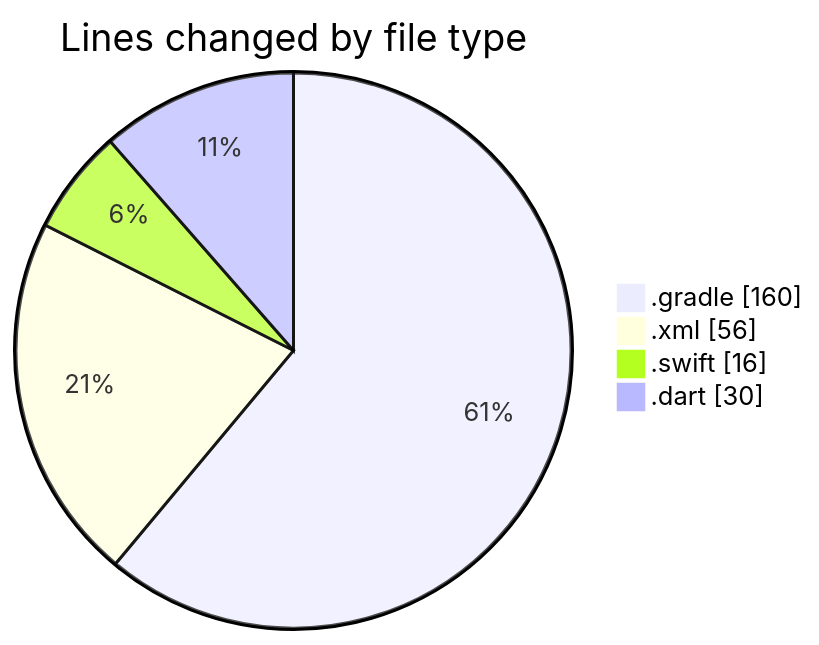
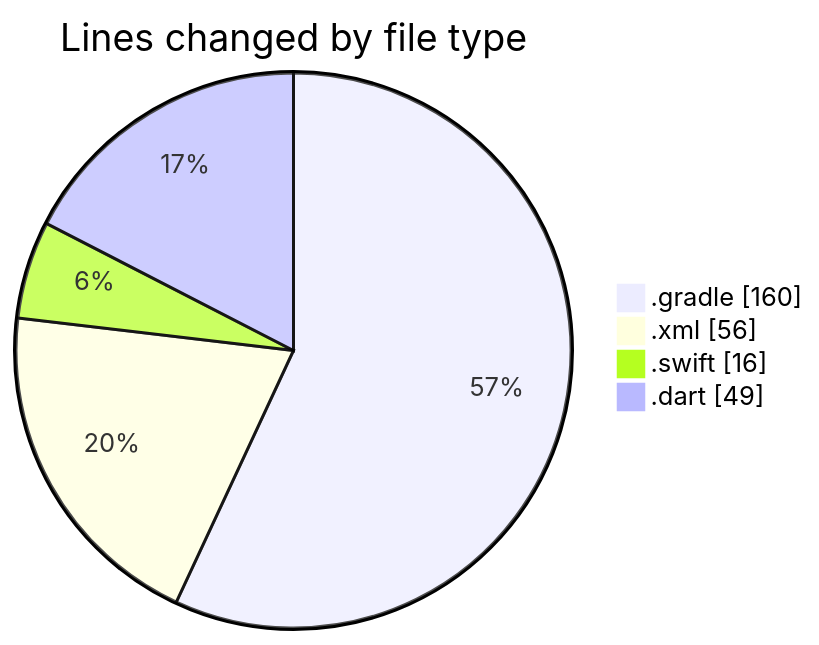
Before and after one commit to donsfak/code-tracking: the first of 2 diagrams in 2025-01-01/uber_clone/README.md, drawn with Mermaid. The commit also changed other lines of this file and 1 other file, not shown here.

````diff
--- a/2025-01-01/uber_clone/README.md
+++ b/2025-01-01/uber_clone/README.md
@@ -24,8 +24,8 @@
 ```mermaid
 pie showData
 title Lines changed by file type
 ".gradle" : 160
 ".xml" : 56
 ".swift" : 16
-".dart" : 30
+".dart" : 49
 ```
````
